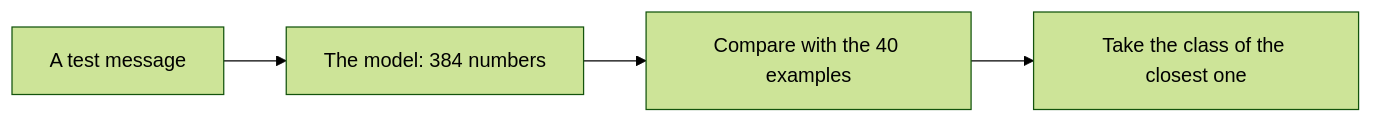
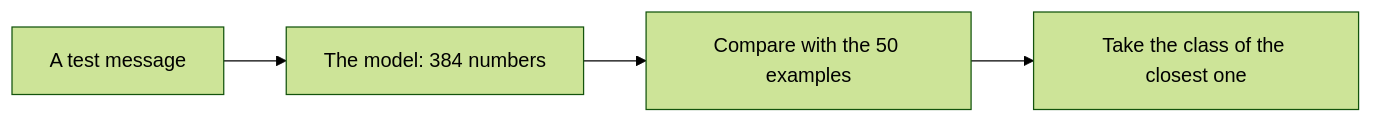
One commit to Youth-AI-Lab/yal-workshop-finetune changed the second of 3 diagrams in README.md. Above: the diagram before and after it, drawn with Mermaid (forest theme). The commit also changed other lines of this file and 4 other files, not shown here.

````diff
--- a/README.md
+++ b/README.md
@@ -307,6 +310,6 @@
 ```mermaid
 flowchart LR
   M["A test message"] --> N["The model: 384 numbers"]
-  N --> C["Compare with the 40 examples"]
+  N --> C["Compare with the 50 examples"]
   C --> K["Take the class of the closest one"]
 ```
````
